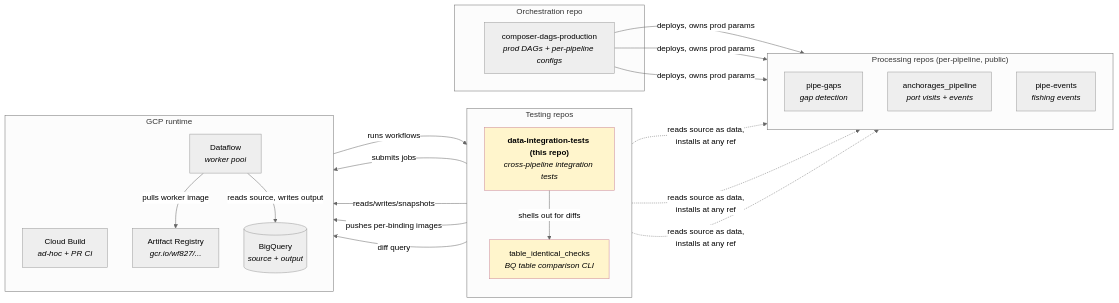
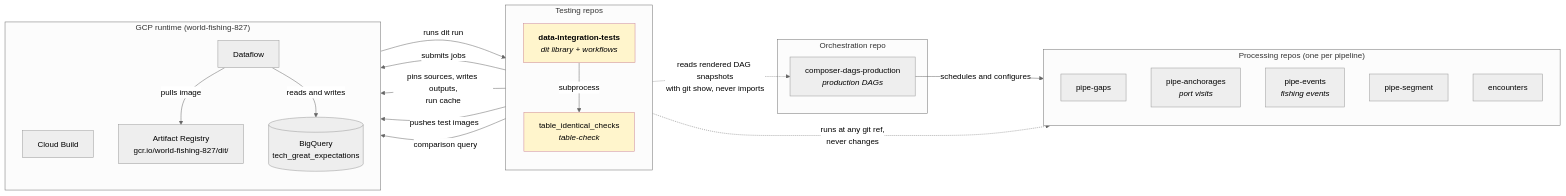
The first of 9 diagrams in docs/architecture.md (GlobalFishingWatch/data-integration-tests), drawn with Mermaid (neutral theme) before and after one commit. The commit also changed other lines of this file and 12 other files, not shown here.

First line of the commit message:
docs: explain DIT as a framework; README as a one-page overview and index (#105)

````diff
--- a/docs/architecture.md
+++ b/docs/architecture.md
@@ -17,47 +22,46 @@
 ```mermaid
 flowchart LR
-    subgraph PR["Processing repos (per-pipeline, public)"]
+    subgraph PR["Processing repos (one per pipeline)"]
         direction TB
-        pgaps[pipe-gaps<br/><i>gap detection</i>]
-        anchorages[anchorages_pipeline<br/><i>port visits + events</i>]
-        pevents[pipe-events<br/><i>fishing events</i>]
+        pgaps[pipe-gaps]
+        anchorages["pipe-anchorages<br/><i>port visits</i>"]
+        pevents["pipe-events<br/><i>fishing events</i>"]
+        psegment[pipe-segment]
+        encounters[encounters]
     end
 
     subgraph CD["Orchestration repo"]
-        composer["composer-dags-production<br/><i>prod DAGs + per-pipeline configs</i>"]
+        composer["composer-dags-production<br/><i>production DAGs</i>"]
     end
 
     subgraph TR["Testing repos"]
         direction TB
-        dit["<b>data-integration-tests (this repo)</b><br/><i>cross-pipeline integration tests</i>"]
-        tic[table_identical_checks<br/><i>BQ table comparison CLI</i>]
+        dit["<b>data-integration-tests</b><br/><i>dit library + workflows</i>"]
+        tic["table_identical_checks<br/><i>table-check</i>"]
     end
 
-    subgraph GCP["GCP runtime"]
+    subgraph GCP["GCP runtime (world-fishing-827)"]
         direction TB
-        cb["Cloud Build<br/><i>ad-hoc + PR CI</i>"]
-        df["Dataflow<br/><i>worker pool</i>"]
-        bq[(BigQuery<br/><i>source + output</i>)]
-        ar["Artifact Registry<br/><i>gcr.io/wf827/...</i>"]
+        cb[Cloud Build]
+        df[Dataflow]
+        bq[("BigQuery<br/>tech_great_expectations")]
+        ar["Artifact Registry<br/>gcr.io/world-fishing-827/dit/"]
     end
 
-    composer -->|deploys, owns prod params| pgaps
-    composer -->|deploys, owns prod params| anchorages
-    composer -->|deploys, owns prod params| pevents
+    composer -->|schedules and configures| PR
 
-    dit -.->|reads source as data,<br/>installs at any ref| pgaps
-    dit -.->|reads source as data,<br/>installs at any ref| anchorages
-    dit -.->|reads source as data,<br/>installs at any ref| pevents
-    dit -->|shells out for diffs| tic
+    dit -.->|runs at any git ref,<br/>never changes| PR
+    dit -.->|reads rendered DAG snapshots<br/>with git show, never imports| composer
+    dit -->|subprocess| tic
 
-    cb -->|runs workflows| dit
+    cb -->|runs dit run| dit
     dit -->|submits jobs| df
-    dit -->|reads/writes/snapshots| bq
-    dit -->|pushes per-binding images| ar
-    df -->|pulls worker image| ar
-    df -->|reads source, writes output| bq
-    tic -->|diff query| bq
+    dit -->|pins sources, writes outputs,<br/>run cache| bq
+    dit -->|pushes test images| ar
+    df -->|pulls image| ar
+    df -->|reads and writes| bq
+    tic -->|comparison query| bq
 
     style dit fill:#fff5cc,stroke:#c89,color:#000
     style tic fill:#fff5cc,stroke:#c89,color:#000
 ```
````
